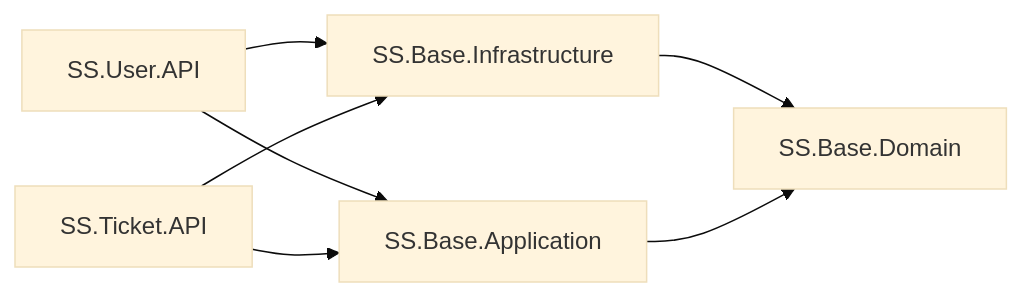
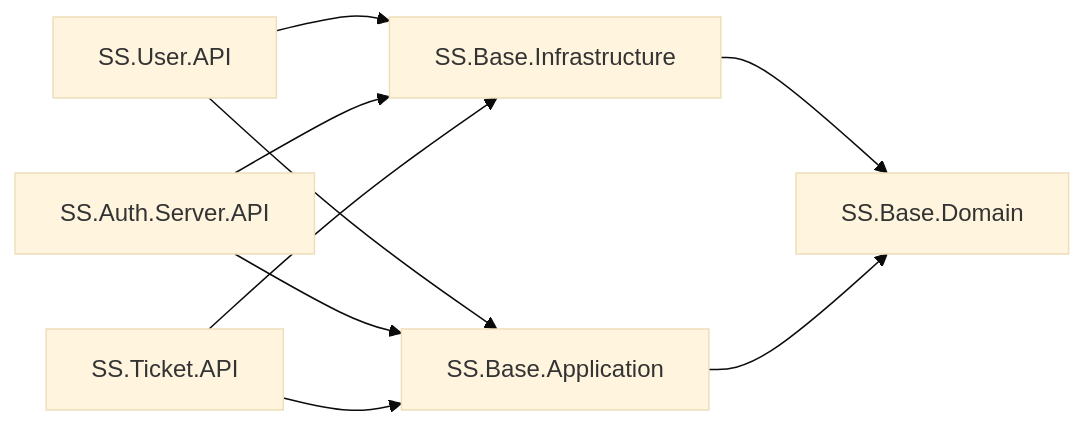
Before and after one commit to narendransekar7/Support: the second of 2 diagrams in SupportSystemManagement/SupportSystem/ARCHITECTURE.md, drawn with Mermaid (base theme). The commit also changed other lines of this file and 14 other files, not shown here.

First line of the commit message:
Handle password sign-in data operations in the Auth API

````diff
--- a/SupportSystemManagement/SupportSystem/ARCHITECTURE.md
+++ b/SupportSystemManagement/SupportSystem/ARCHITECTURE.md
@@ -77,9 +77,11 @@
 ```mermaid
 flowchart LR
     Infra[SS.Base.Infrastructure] --> Domain[SS.Base.Domain]
     App[SS.Base.Application] --> Domain
     UserAPI[SS.User.API] --> App
     UserAPI --> Infra
+    AuthAPI[SS.Auth.Server.API] --> App
+    AuthAPI --> Infra
     TicketAPI[SS.Ticket.API] --> App
     TicketAPI --> Infra
 ```
````
